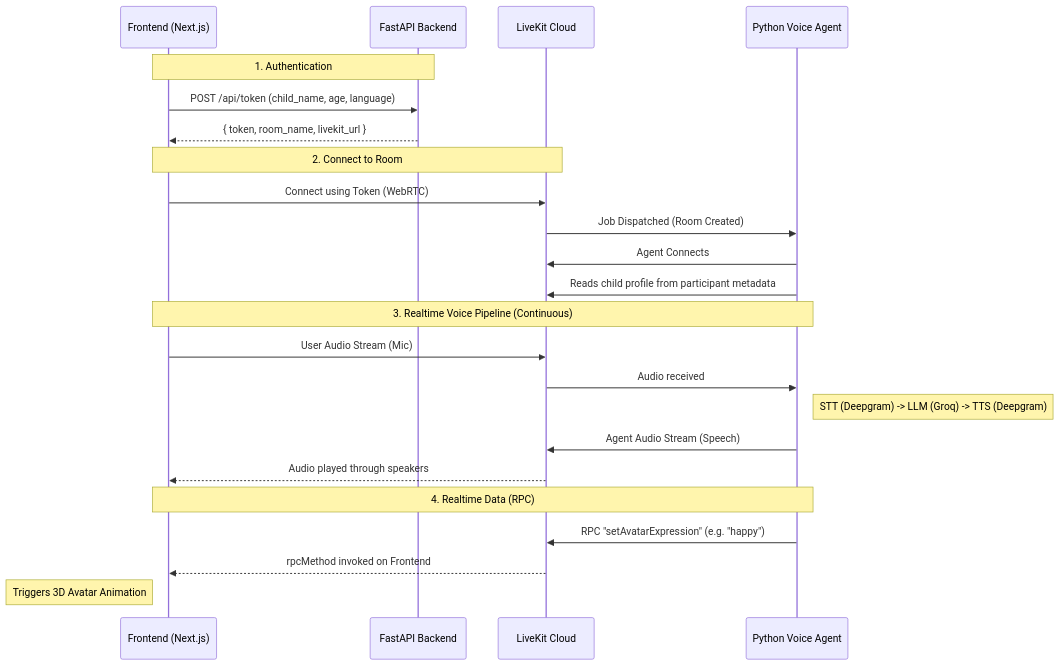
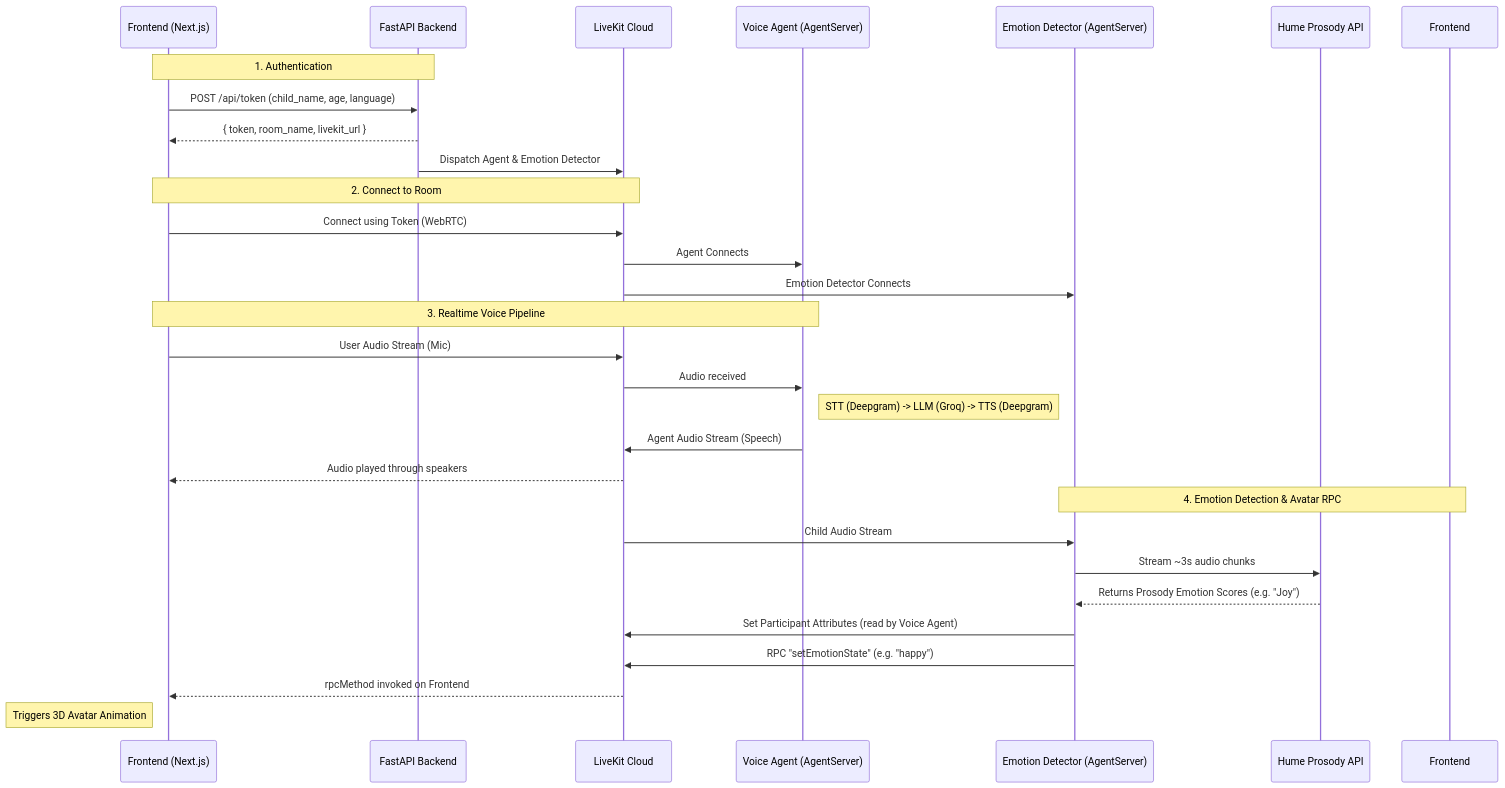
Before and after one commit to Kushwho/Sakhi-frontend: the diagram in docs/architecture.md, drawn with Mermaid. The commit also changed other lines of this file and 16 other files, not shown here.

````diff
--- a/docs/architecture.md
+++ b/docs/architecture.md
@@ -15,29 +16,35 @@
 ```mermaid
 sequenceDiagram
     participant Child as Frontend (Next.js)
     participant API as FastAPI Backend
     participant LiveKit as LiveKit Cloud
-    participant Agent as Python Voice Agent
+    participant Agent as Voice Agent (AgentServer)
+    participant Emo as Emotion Detector (AgentServer)
+    participant Hume as Hume Prosody API
 
     Note over Child,API: 1. Authentication
     Child->>API: POST /api/token (child_name, age, language)
     API-->>Child: { token, room_name, livekit_url }
+    API->>LiveKit: Dispatch Agent & Emotion Detector
 
     Note over Child,LiveKit: 2. Connect to Room
     Child->>LiveKit: Connect using Token (WebRTC)
-    LiveKit->>Agent: Job Dispatched (Room Created)
-    Agent->>LiveKit: Agent Connects
-    Agent->>LiveKit: Reads child profile from participant metadata
+    LiveKit->>Agent: Agent Connects
+    LiveKit->>Emo: Emotion Detector Connects
 
-    Note over Child,Agent: 3. Realtime Voice Pipeline (Continuous)
+    Note over Child,Agent: 3. Realtime Voice Pipeline
     Child->>LiveKit: User Audio Stream (Mic)
     LiveKit->>Agent: Audio received
     Note right of Agent: STT (Deepgram) -> LLM (Groq) -> TTS (Deepgram)
     Agent->>LiveKit: Agent Audio Stream (Speech)
     LiveKit-->>Child: Audio played through speakers
 
-    Note over Child,Agent: 4. Realtime Data (RPC)
-    Agent->>LiveKit: RPC "setAvatarExpression" (e.g. "happy")
+    Note over Emo,Frontend: 4. Emotion Detection & Avatar RPC
+    LiveKit->>Emo: Child Audio Stream
+    Emo->>Hume: Stream ~3s audio chunks
+    Hume-->>Emo: Returns Prosody Emotion Scores (e.g. "Joy")
+    Emo->>LiveKit: Set Participant Attributes (read by Voice Agent)
+    Emo->>LiveKit: RPC "setEmotionState" (e.g. "happy")
     LiveKit-->>Child: rpcMethod invoked on Frontend
     Note left of Child: Triggers 3D Avatar Animation
 ```
````
